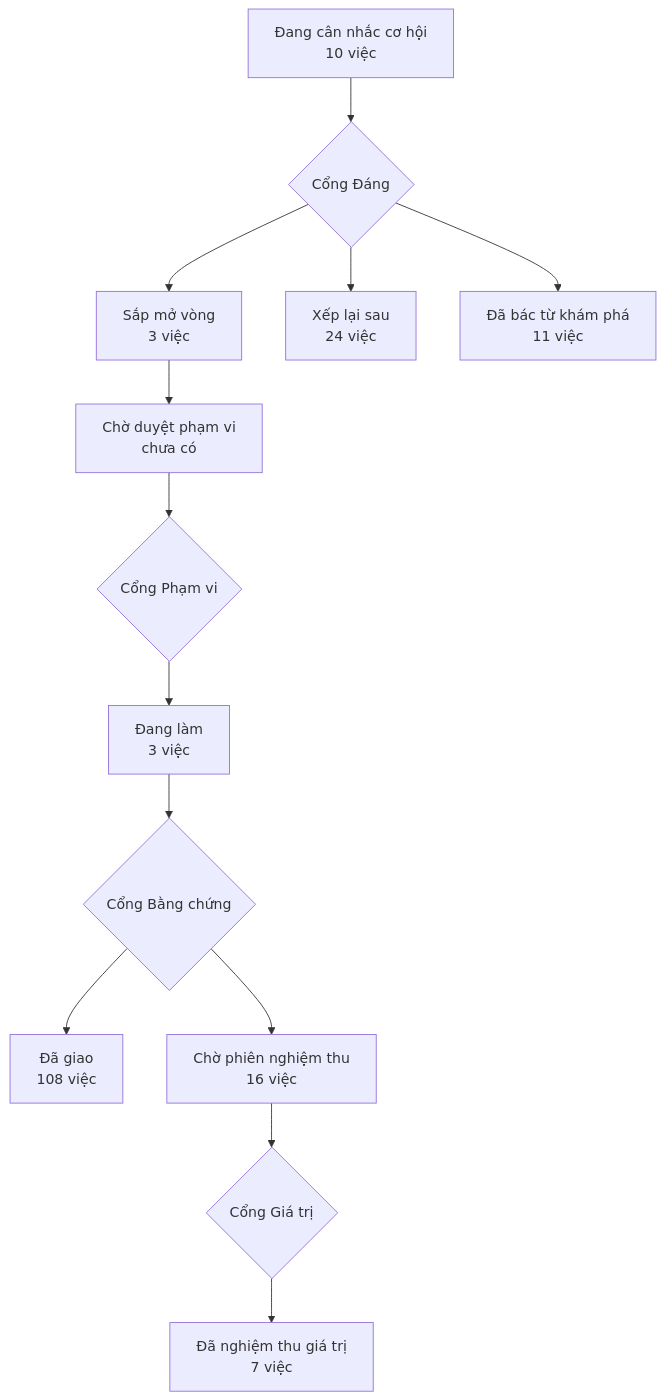
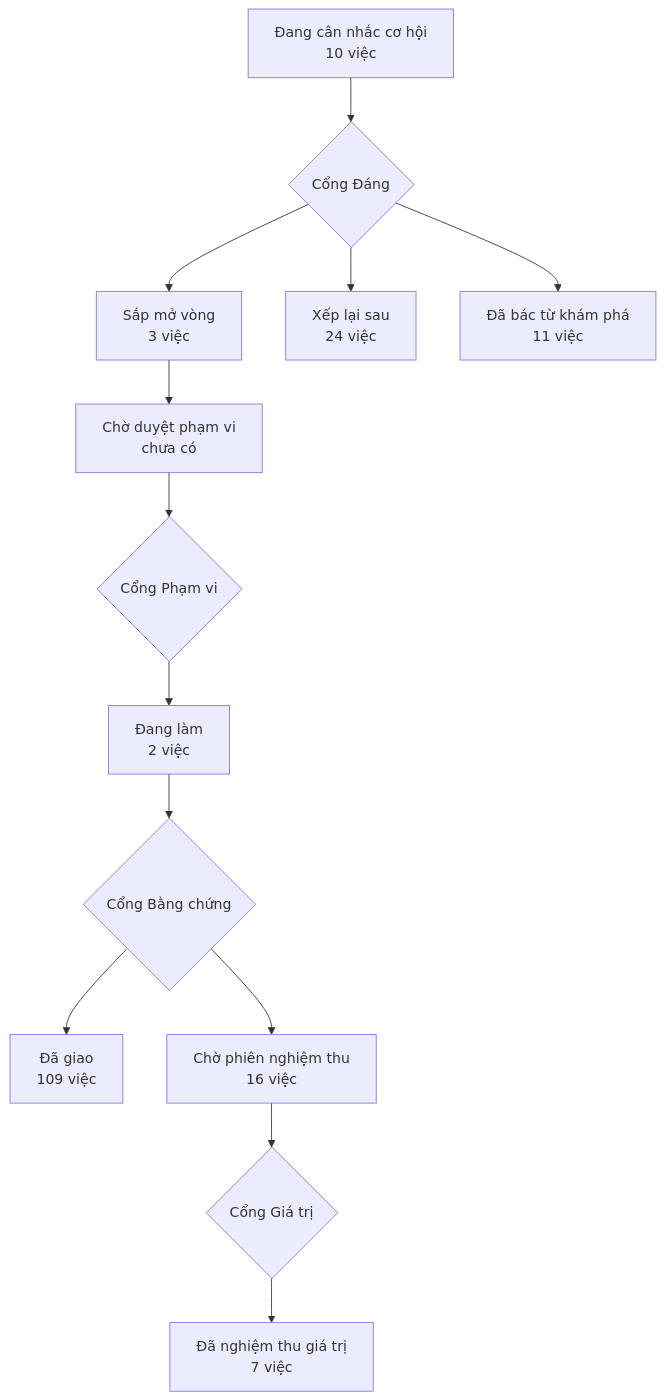
One commit to phanlemanh/acceptance-gate-kit changed the diagram in PRODUCT-MAP.md. Above: the diagram before and after it, drawn with Mermaid. The commit also changed 7 other files, not shown here.

````diff
--- a/PRODUCT-MAP.md
+++ b/PRODUCT-MAP.md
@@ -7,12 +7,12 @@
 ```mermaid
 flowchart TD
   A["Đang cân nhắc cơ hội<br/>10 việc"] --> GD{"Cổng Đáng"}
   GD --> B["Sắp mở vòng<br/>3 việc"]
   GD --> XL["Xếp lại sau<br/>24 việc"]
   GD --> DB["Đã bác từ khám phá<br/>11 việc"]
   B --> CD["Chờ duyệt phạm vi<br/>chưa có"] --> GP{"Cổng Phạm vi"}
-  GP --> DL["Đang làm<br/>3 việc"] --> GB{"Cổng Bằng chứng"}
-  GB --> DG["Đã giao<br/>108 việc"]
+  GP --> DL["Đang làm<br/>2 việc"] --> GB{"Cổng Bằng chứng"}
+  GB --> DG["Đã giao<br/>109 việc"]
   GB --> CN["Chờ phiên nghiệm thu<br/>16 việc"] --> GG{"Cổng Giá trị"}
   GG --> NT["Đã nghiệm thu giá trị<br/>7 việc"]
 ```
````
